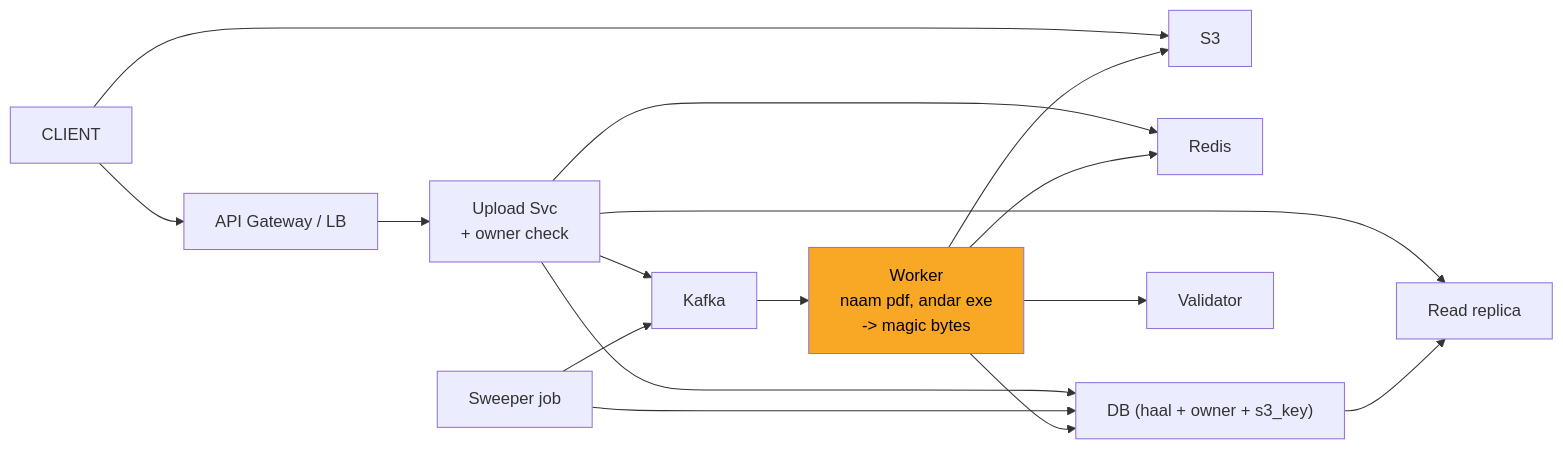
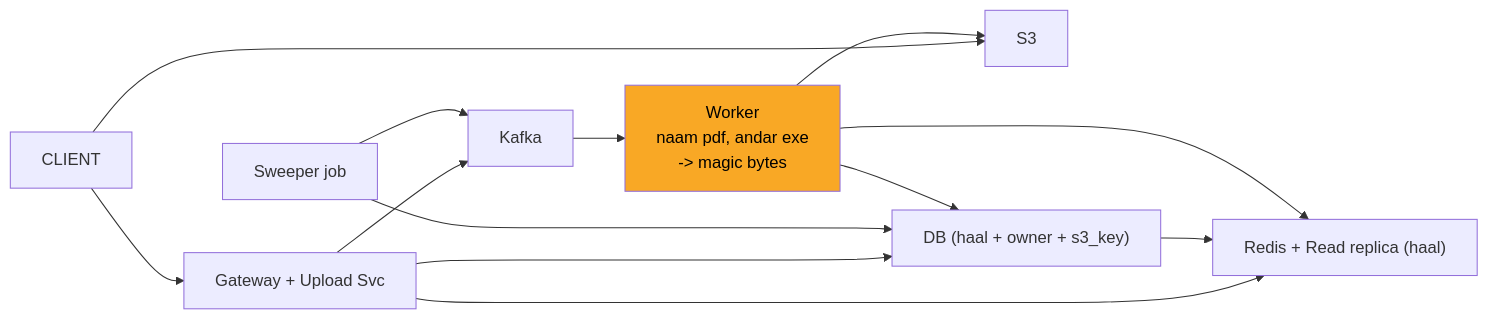
One commit to ArpanMaheshwari144/Prep changed the tenth of 11 diagrams in 04_HLD/SYSTEM_DESIGNS/07_file_upload_validate_system/07_file_upload_INTERVIEW.md. Above: the diagram before and after it, drawn with Mermaid. The commit also changed other lines of this file and 11 other files, not shown here.

Commit message:
hld: card diagrams max 8 boxes (App x N, merged stores/chains; full diagram only in AAKHRI DABBA)

````diff
--- a/04_HLD/SYSTEM_DESIGNS/07_file_upload_validate_system/07_file_upload_INTERVIEW.md
+++ b/04_HLD/SYSTEM_DESIGNS/07_file_upload_validate_system/07_file_upload_INTERVIEW.md
@@ -416,30 +393,24 @@
 ```mermaid
 flowchart LR
     n_CLIENT["CLIENT"]
     n_S3["S3"]
-    n_API_Gateway_LB["API Gateway / LB"]
-    n_Upload_Svc["Upload Svc<br/>+ owner check"]
-    n_Redis["Redis"]
+    n_GU["Gateway + Upload Svc"]
+    n_RC["Redis + Read replica (haal)"]
     n_DB["DB (haal + owner + s3_key)"]
-    n_Read_replica["Read replica"]
     n_Sweeper_job["Sweeper job"]
     n_Kafka["Kafka"]
     n_Worker["Worker<br/>naam pdf, andar exe<br/>-> magic bytes"]
-    n_Validator["Validator"]
     n_CLIENT --> n_S3
-    n_CLIENT --> n_API_Gateway_LB
-    n_API_Gateway_LB --> n_Upload_Svc
-    n_Upload_Svc --> n_Redis
-    n_Upload_Svc --> n_DB
-    n_Upload_Svc --> n_Read_replica
-    n_DB --> n_Read_replica
-    n_Upload_Svc --> n_Kafka
+    n_CLIENT --> n_GU
+    n_GU --> n_RC
+    n_GU --> n_DB
+    n_DB --> n_RC
+    n_GU --> n_Kafka
     n_Sweeper_job --> n_DB
     n_Sweeper_job --> n_Kafka
     n_Kafka --> n_Worker
-    n_Worker --> n_Validator
     n_Worker --> n_DB
-    n_Worker --> n_Redis
+    n_Worker --> n_RC
     n_Worker --> n_S3
     style n_Worker fill:#f9a825,color:#000
 ```
````
